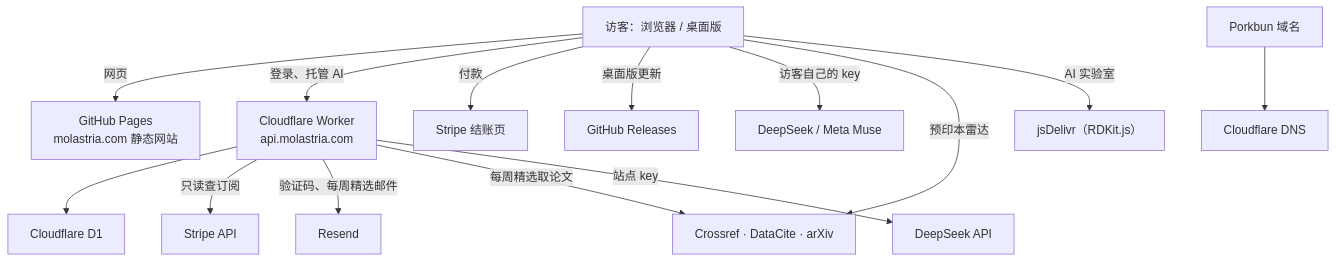
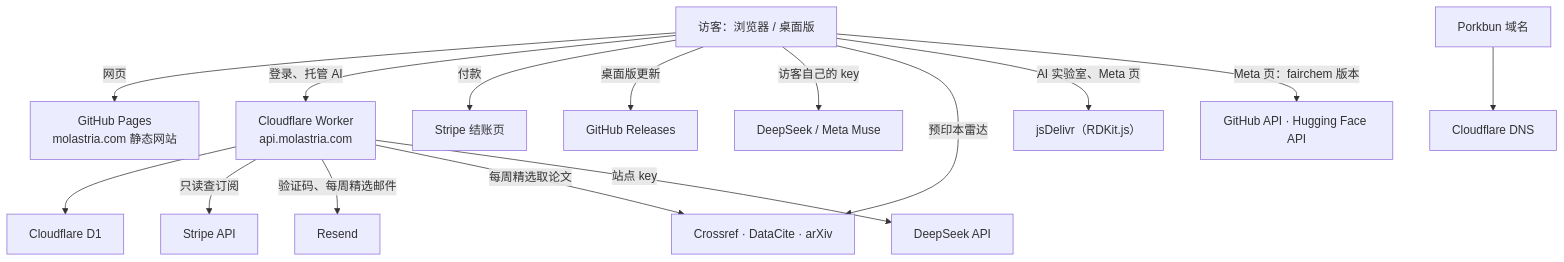
One commit to FelixJiashengFu/chem-research-molastria changed the first of 2 diagrams in docs/ARCHITECTURE.md. Above: the diagram before and after it, drawn with Mermaid. The commit also changed other lines of this file and 23 other files, not shown here.

````diff
--- a/docs/ARCHITECTURE.md
+++ b/docs/ARCHITECTURE.md
@@ -5,17 +5,18 @@
 ```mermaid
 flowchart TB
   V["访客：浏览器 / 桌面版"]
   V -->|网页| P["GitHub Pages<br>molastria.com 静态网站"]
   V -->|登录、托管 AI| W["Cloudflare Worker<br>api.molastria.com"]
   V -->|付款| SC["Stripe 结账页"]
   V -->|桌面版更新| R["GitHub Releases"]
   V -->|访客自己的 key| AI["DeepSeek / Meta Muse"]
   V -->|预印本雷达| CR["Crossref · DataCite · arXiv"]
-  V -->|AI 实验室| JS["jsDelivr（RDKit.js）"]
+  V -->|AI 实验室、Meta 页| JS["jsDelivr（RDKit.js）"]
+  V -->|Meta 页：fairchem 版本| GH["GitHub API · Hugging Face API"]
   W --> D1["Cloudflare D1"]
   W -->|只读查订阅| SA["Stripe API"]
   W -->|验证码、每周精选邮件| RS["Resend"]
   W -->|每周精选取论文| CR
   W -->|站点 key| DS["DeepSeek API"]
   PB["Porkbun 域名"] --> DNS["Cloudflare DNS"]
 ```
````
